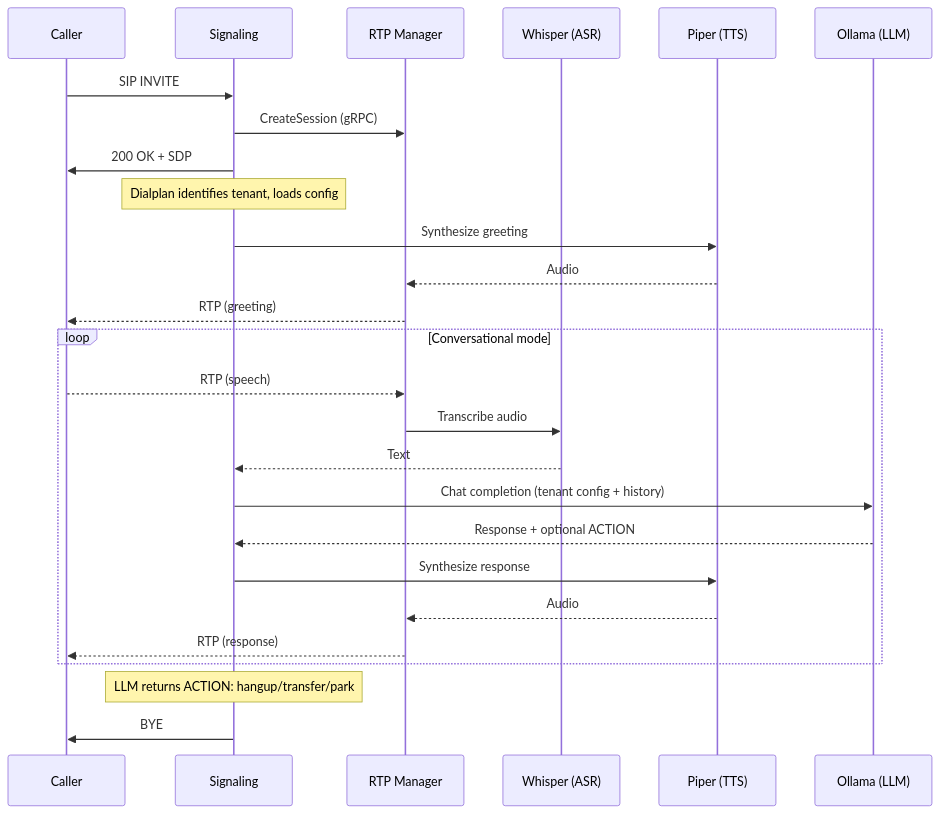
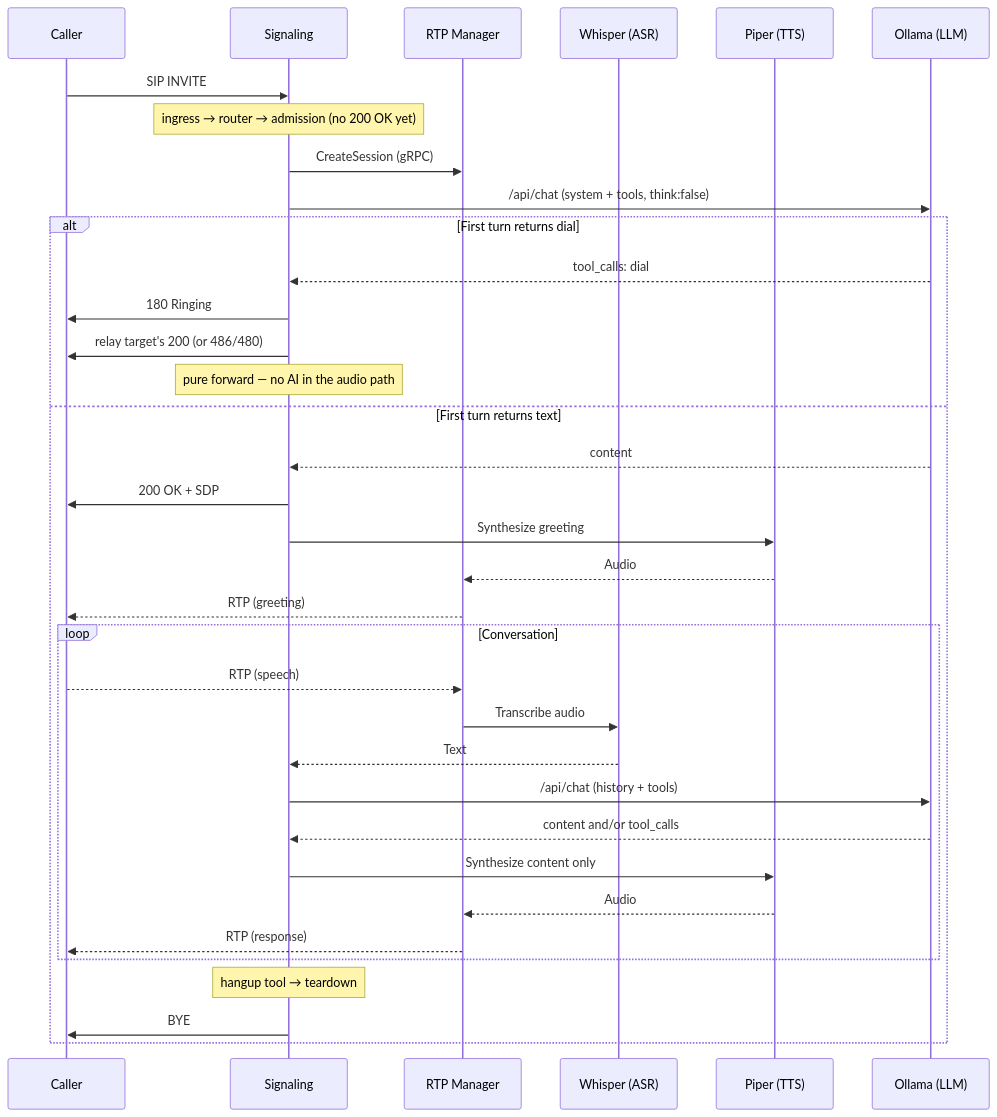
One commit to sebacius/switchboard changed the third of 3 diagrams in README.md. Above: the diagram before and after it, drawn with Mermaid. The commit also changed other lines of this file and 94 other files, not shown here.

````diff
--- a/README.md
+++ b/README.md
@@ -171,33 +268,41 @@
 ```mermaid
 sequenceDiagram
     participant Caller
     participant Signaling
     participant RTP as RTP Manager
     participant ASR as Whisper (ASR)
     participant TTS as Piper (TTS)
     participant LLM as Ollama (LLM)
 
     Caller->>Signaling: SIP INVITE
+    Note over Signaling: ingress → router → admission (no 200 OK yet)
     Signaling->>RTP: CreateSession (gRPC)
-    Signaling->>Caller: 200 OK + SDP
+    Signaling->>LLM: /api/chat (system + tools, think:false)
 
-    Note over Signaling: Dialplan identifies tenant, loads config
+    alt First turn returns dial
+        LLM-->>Signaling: tool_calls: dial
+        Signaling->>Caller: 180 Ringing
+        Signaling->>Caller: relay target's 200 (or 486/480)
+        Note over Signaling: pure forward — no AI in the audio path
+    else First turn returns text
+        LLM-->>Signaling: content
+        Signaling->>Caller: 200 OK + SDP
+        Signaling->>TTS: Synthesize greeting
+        TTS-->>RTP: Audio
+        RTP-->>Caller: RTP (greeting)
 
-    Signaling->>TTS: Synthesize greeting
-    TTS-->>RTP: Audio
-    RTP-->>Caller: RTP (greeting)
+        loop Conversation
+            Caller-->>RTP: RTP (speech)
+            RTP->>ASR: Transcribe audio
+            ASR-->>Signaling: Text
+            Signaling->>LLM: /api/chat (history + tools)
+            LLM-->>Signaling: content and/or tool_calls
+            Signaling->>TTS: Synthesize content only
+            TTS-->>RTP: Audio
+            RTP-->>Caller: RTP (response)
+        end
 
-    loop Conversational mode
-        Caller-->>RTP: RTP (speech)
-        RTP->>ASR: Transcribe audio
-        ASR-->>Signaling: Text
-        Signaling->>LLM: Chat completion (tenant config + history)
-        LLM-->>Signaling: Response + optional ACTION
-        Signaling->>TTS: Synthesize response
-        TTS-->>RTP: Audio
-        RTP-->>Caller: RTP (response)
+        Note over Signaling: hangup tool → teardown
+        Signaling->>Caller: BYE
     end
-
-    Note over Signaling: LLM returns ACTION: hangup/transfer/park
-    Signaling->>Caller: BYE
 ```
````
